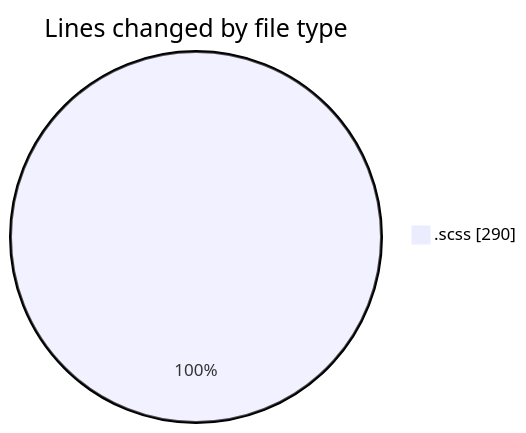
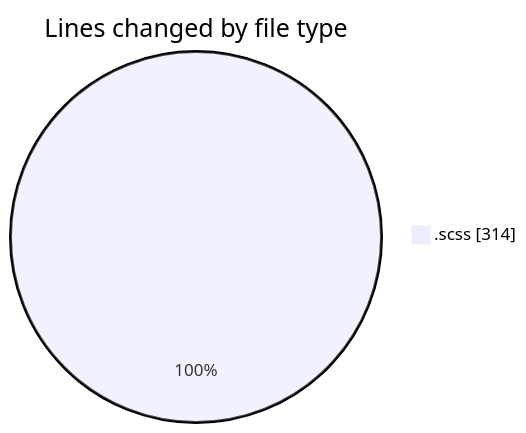
The first of 2 diagrams in 2025-03-02/cda/README.md (momahboobian/code-tracking), drawn with Mermaid before and after one commit. The commit also changed other lines of this file and 1 other file, not shown here.

````diff
--- a/2025-03-02/cda/README.md
+++ b/2025-03-02/cda/README.md
@@ -21,5 +21,5 @@
 ```mermaid
 pie showData
 title Lines changed by file type
-".scss" : 290
+".scss" : 314
 ```
````
